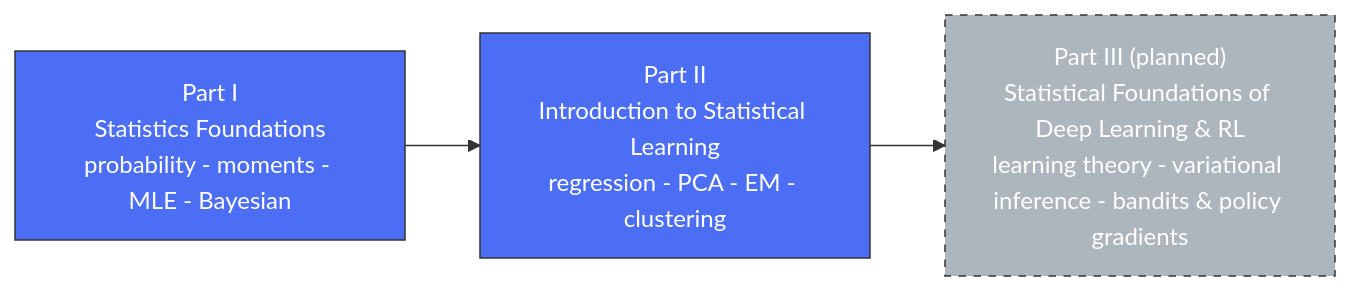
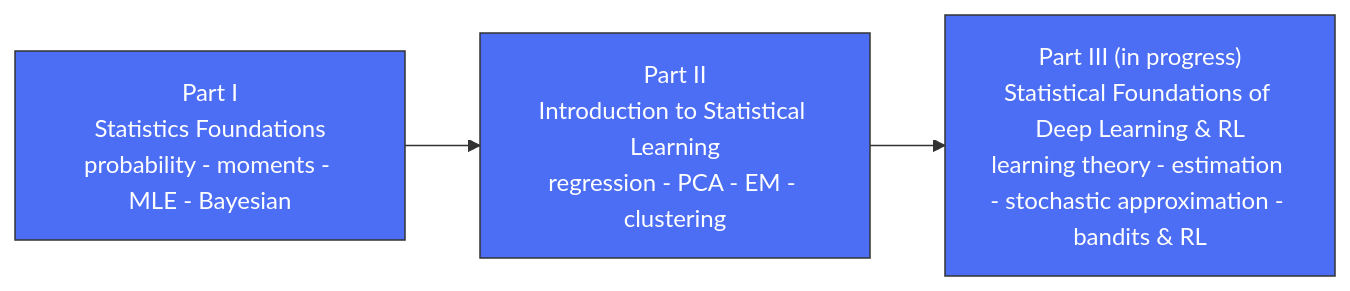
Before and after one commit to Bellman281/Stat4ML: the diagram in README.md, drawn with Mermaid. The commit also changed other lines of this file, not shown here.

First line of the commit message:
README: mark Part III ch01-ch03 complete, refresh map and status legend

````diff
--- a/README.md
+++ b/README.md
@@ -124,13 +124,11 @@
 ```mermaid
 flowchart LR
     A["Part I<br/>Statistics Foundations<br/>probability - moments - MLE - Bayesian"]
     B["Part II<br/>Introduction to Statistical Learning<br/>regression - PCA - EM - clustering"]
-    C["Part III (planned)<br/>Statistical Foundations of Deep Learning & RL<br/>learning theory - variational inference - bandits & policy gradients"]
+    C["Part III (in progress)<br/>Statistical Foundations of Deep Learning & RL<br/>learning theory - estimation - stochastic approximation - bandits & RL"]
 
     A --> B --> C
 
     classDef part fill:#4C6EF5,color:#fff,stroke:#333,stroke-width:1px
-    classDef planned fill:#adb5bd,color:#fff,stroke:#333,stroke-width:1px,stroke-dasharray: 5 5
-    class A,B part
-    class C planned
+    class A,B,C part
 ```
````
